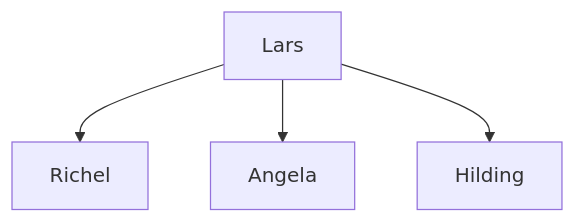
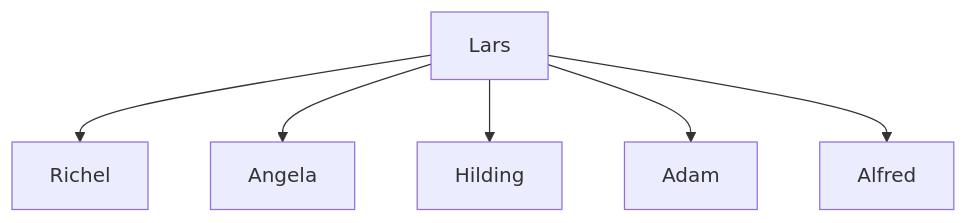
The diagram in docs/operator_pedigree.md (uppsala-makerspace/laser_cutter_guide), drawn with Mermaid before and after one commit.

````diff
--- a/docs/operator_pedigree.md
+++ b/docs/operator_pedigree.md
@@ -5,11 +5,14 @@
 ```mermaid
 flowchart TD
   Lars
   Angela
   Richel
   Hilding
+  Adam
 
   Lars --> Richel
   Lars --> Angela
   Lars --> Hilding
+  Lars --> Adam
+  Lars --> Alfred
 ```
````
